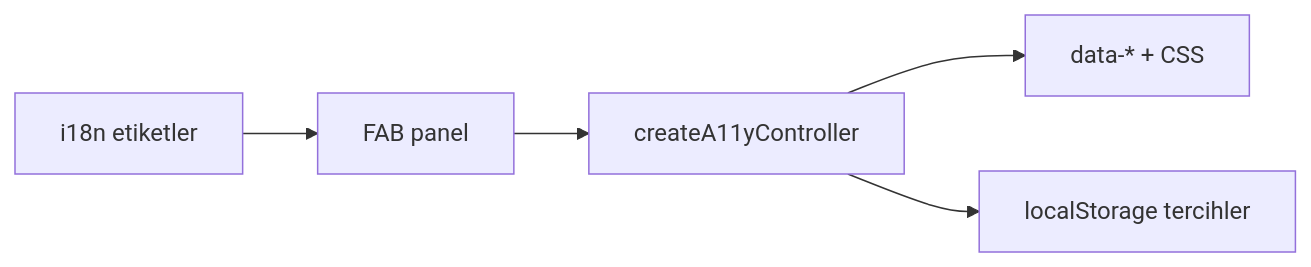
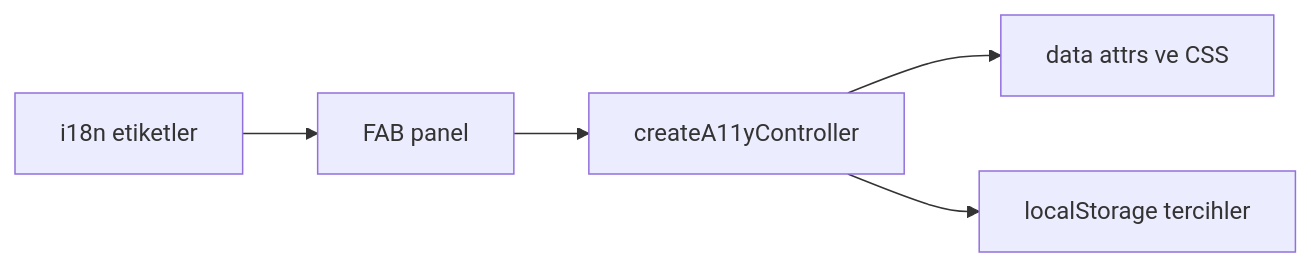
One commit to fdeniz07/BankApp changed the first of 2 diagrams in docs/learning/tr/34-a11y-portable-kit.md. Above: the diagram before and after it, drawn with Mermaid. The commit also changed other lines of this file and 105 other files, not shown here.

First line of the commit message:
doc: Enrich learning chapters with labs, pitfalls, and safe Mermaid

````diff
--- a/docs/learning/tr/34-a11y-portable-kit.md
+++ b/docs/learning/tr/34-a11y-portable-kit.md
@@ -13,7 +15,7 @@
 ```mermaid
 flowchart LR
-  FAB[FAB panel] --> CTRL[createA11yController]
-  CTRL --> DOM[data-* + CSS]
-  CTRL --> LS[localStorage tercihler]
-  I18N[i18n etiketler] --> FAB
+  FAB["FAB panel"] --> CTRL["createA11yController"]
+  CTRL --> DOM["data attrs ve CSS"]
+  CTRL --> LS["localStorage tercihler"]
+  I18N["i18n etiketler"] --> FAB
 ```
````
